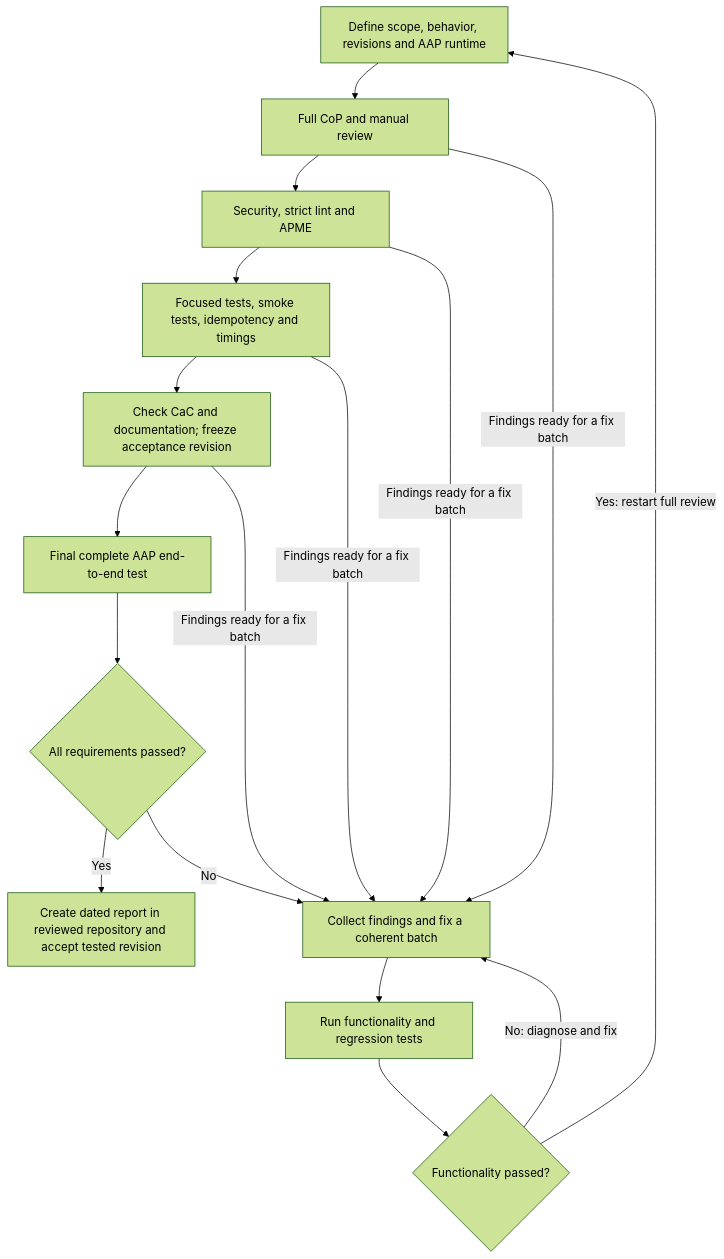
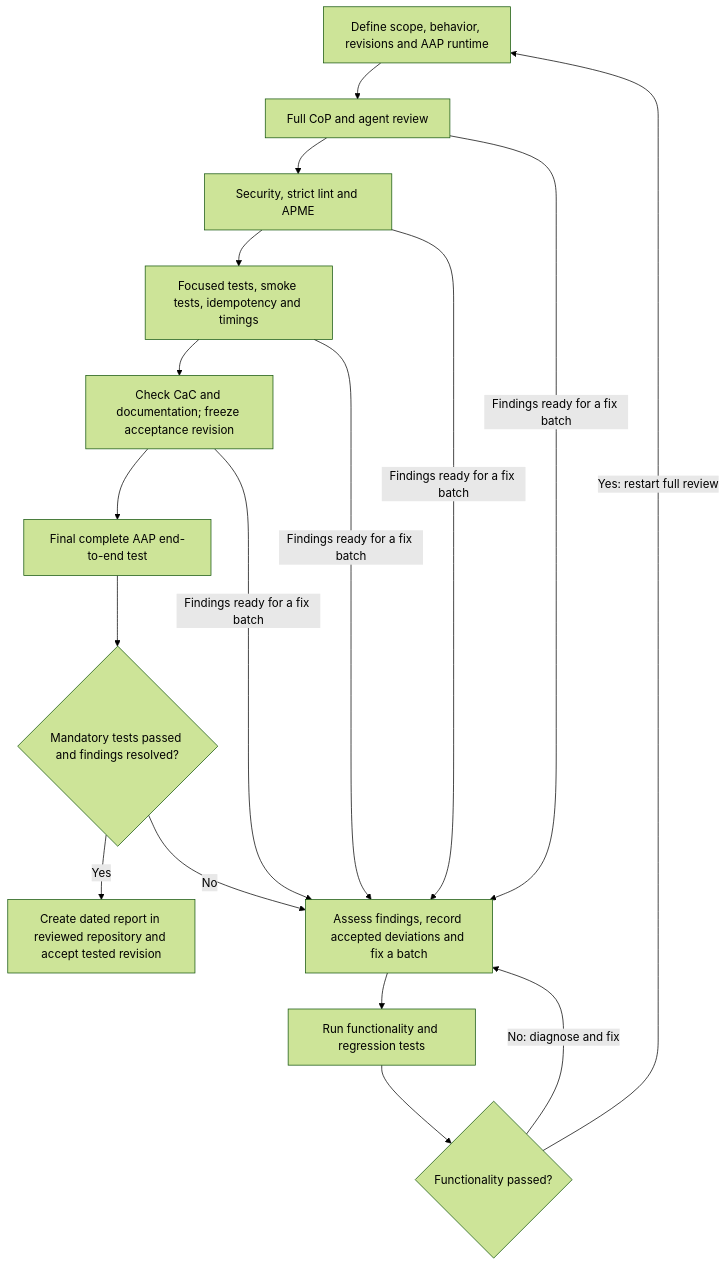
Before and after one commit to kvegh/Agent_generated_code_review: the diagram in README.md, drawn with Mermaid (forest theme). The commit also changed other lines of this file and 1 other file, not shown here.

Commit message:
docs: Accept proportionate deviations and agent-based review

````diff
--- a/README.md
+++ b/README.md
@@ -362,19 +403,19 @@
 ```mermaid
 flowchart TD
-    A[Define scope, behavior, revisions and AAP runtime] --> B[Full CoP and manual review]
+    A[Define scope, behavior, revisions and AAP runtime] --> B[Full CoP and agent review]
     B --> C[Security, strict lint and APME]
     C --> D[Focused tests, smoke tests, idempotency and timings]
     D --> E[Check CaC and documentation; freeze acceptance revision]
     E --> F[Final complete AAP end-to-end test]
-    F --> G{All requirements passed?}
+    F --> G{Mandatory tests passed and findings resolved?}
     G -->|Yes| H[Create dated report in reviewed repository and accept tested revision]
-    G -->|No| I[Collect findings and fix a coherent batch]
+    G -->|No| I[Assess findings, record accepted deviations and fix a batch]
     I --> J[Run functionality and regression tests]
     J --> K{Functionality passed?}
     K -->|No: diagnose and fix| I
     K -->|Yes: restart full review| A
     B -->|Findings ready for a fix batch| I
     C -->|Findings ready for a fix batch| I
     D -->|Findings ready for a fix batch| I
     E -->|Findings ready for a fix batch| I
 ```
````
